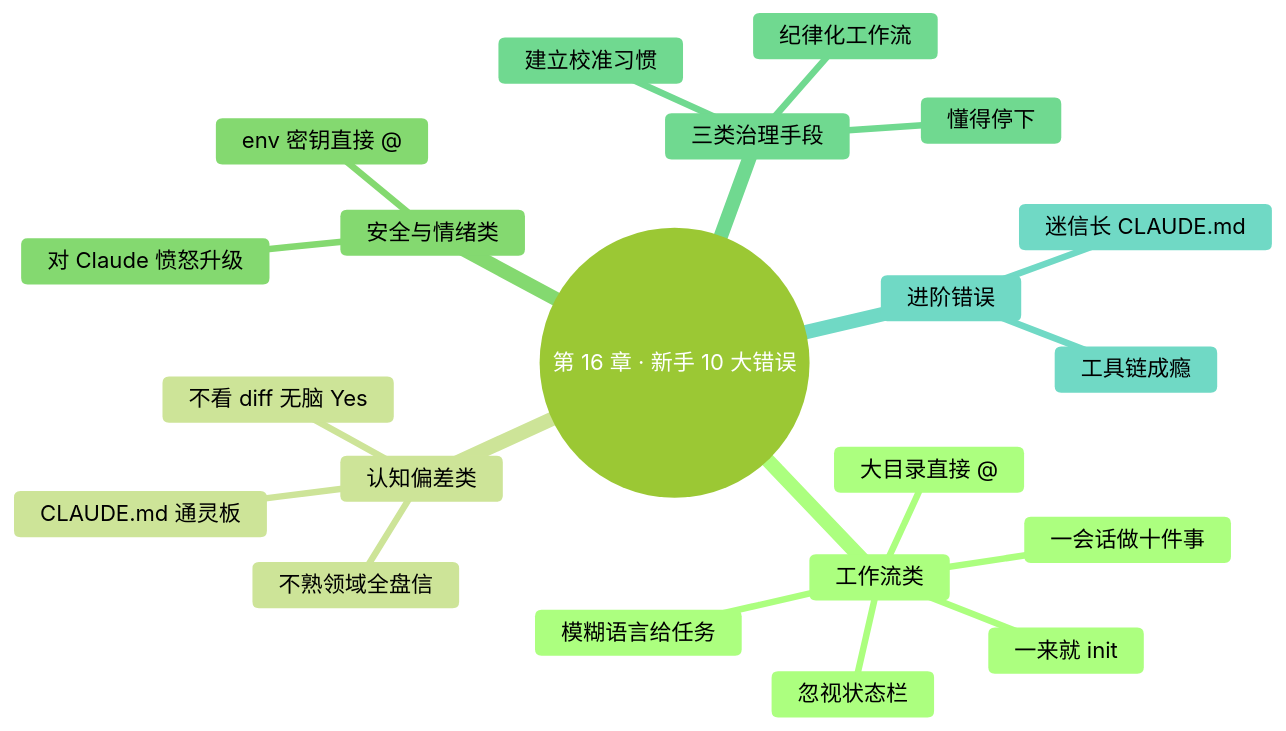
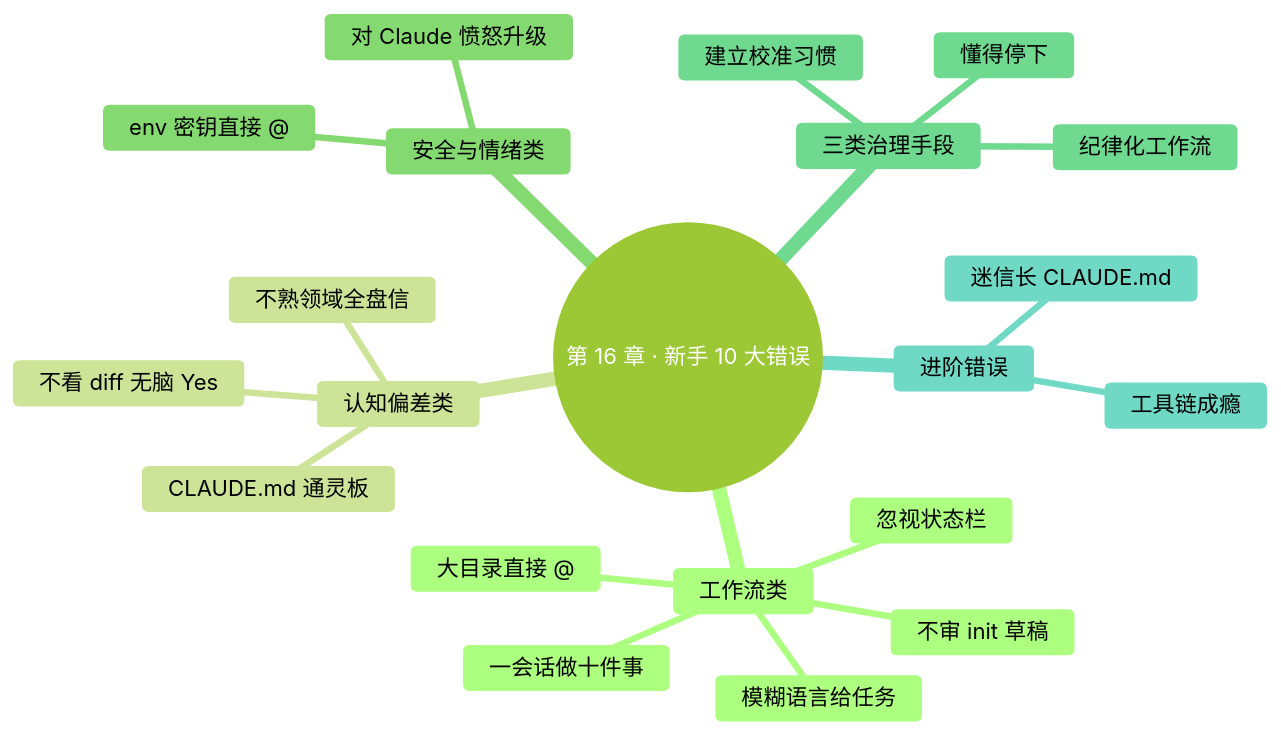
Before and after one commit to mali9527/claude-code-full-guide-for-beginners: the first of 2 diagrams in manuscript/part4-避坑与判断力/16-新手10大错误.md, drawn with Mermaid. The commit also changed other lines of this file and 130 other files, not shown here.

````diff
--- a/manuscript/part4-避坑与判断力/16-新手10大错误.md
+++ b/manuscript/part4-避坑与判断力/16-新手10大错误.md
@@ -20,32 +22,32 @@
 ```mermaid
 ---
 config:
   theme: forest
   themeVariables:
     fontFamily: "-apple-system, 'SF Pro Text', 'PingFang SC', 'Helvetica Neue', sans-serif"
     fontSize: "17px"
     lineColor: "#D9D9D9"
 ---
 mindmap
   root((第 16 章 · 新手 10 大错误))
     工作流类
-      一来就 init
+      不审 init 草稿
       一会话做十件事
       大目录直接 @
       模糊语言给任务
       忽视状态栏
     认知偏差类
       不看 diff 无脑 Yes
       不熟领域全盘信
       CLAUDE.md 通灵板
     安全与情绪类
       env 密钥直接 @
       对 Claude 愤怒升级
     三类治理手段
       建立校准习惯
       纪律化工作流
       懂得停下
     进阶错误
       工具链成瘾
       迷信长 CLAUDE.md
 ```
````
